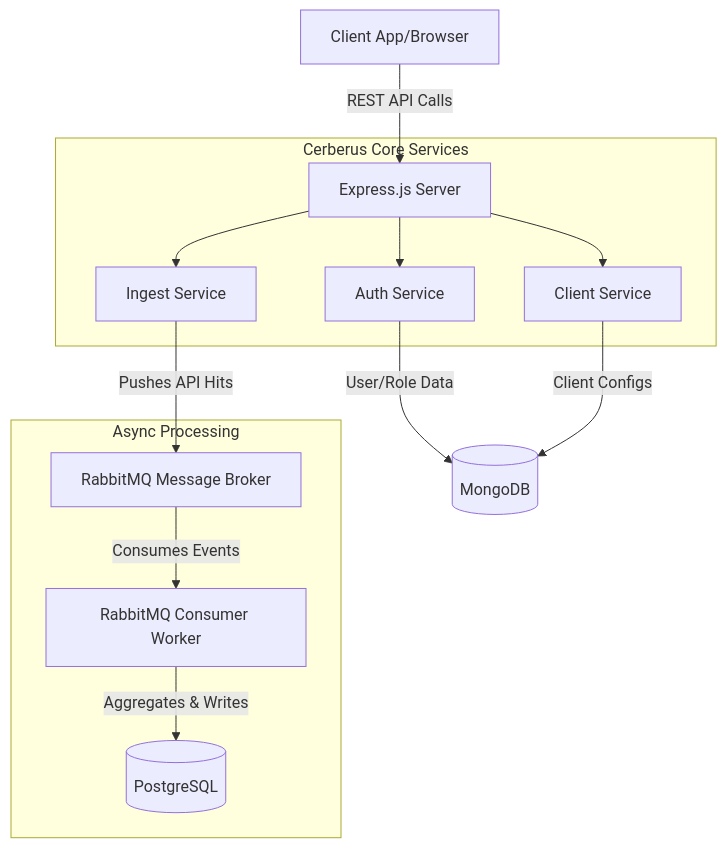
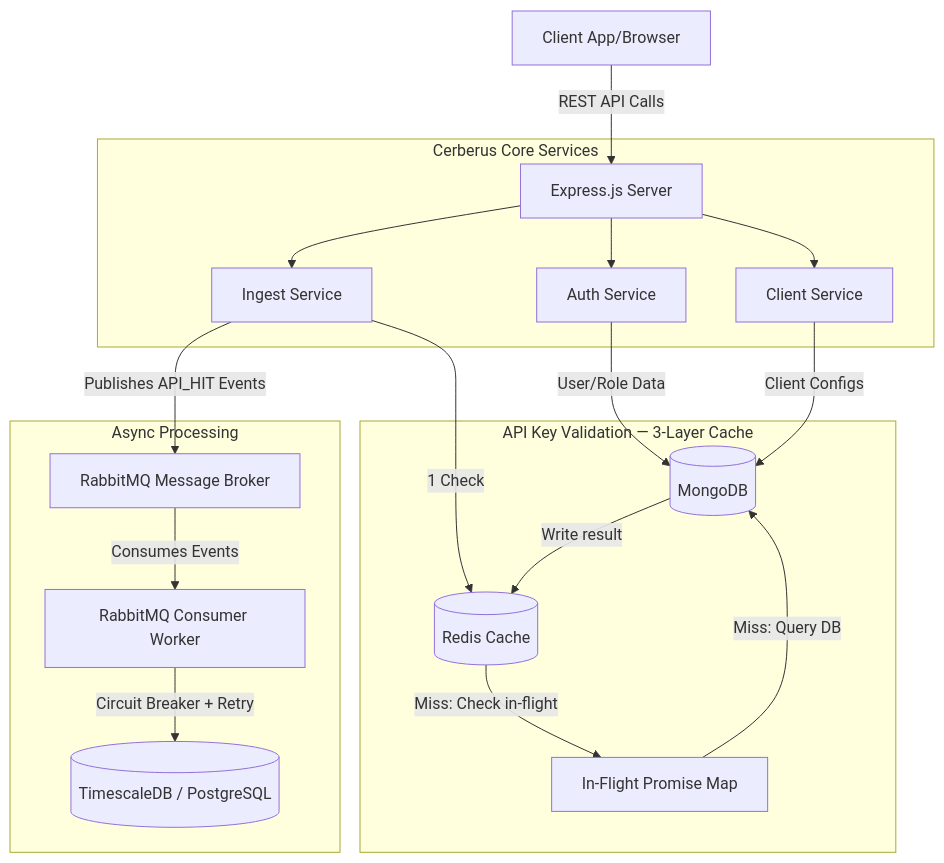
The first of 2 diagrams in README.md (devansh-12/Cerberus-API-Monitoring-System), drawn with Mermaid before and after one commit. The commit also changed other lines of this file and 21 other files, not shown here.

Commit message:
timescale pg extension + caching (CA) w Redis+ added Token Bucket algo

````diff
--- a/README.md
+++ b/README.md
@@ -11,20 +11,27 @@
 ```mermaid
 graph TD
     Client[Client App/Browser] -->|REST API Calls| API[Express.js Server]
     
-    subgraph Cerberus Core Services
+    subgraph "Cerberus Core Services"
         API --> Auth[Auth Service]
         API --> ClientSvc[Client Service]
         API --> Ingest[Ingest Service]
     end
-    
-    Auth -->|User/Role Data| MongoDB[(MongoDB)]
+
+    subgraph "API Key Validation — 3-Layer Cache"
+        Ingest -->|1 Check| Redis[(Redis Cache)]
+        Redis -->|Miss: Check in-flight| StampedeMap[In-Flight Promise Map]
+        StampedeMap -->|Miss: Query DB| MongoDB[(MongoDB)]
+        MongoDB -->|Write result| Redis
+    end
+
+    Auth -->|User/Role Data| MongoDB
     ClientSvc -->|Client Configs| MongoDB
     
-    Ingest -->|Pushes API Hits| RMQ[RabbitMQ Message Broker]
+    Ingest -->|Publishes API_HIT Events| RMQ[RabbitMQ Message Broker]
     
-    subgraph Async Processing
+    subgraph "Async Processing"
         RMQ -->|Consumes Events| Worker[RabbitMQ Consumer Worker]
-        Worker -->|Aggregates & Writes| Postgres[(PostgreSQL)]
+        Worker -->|Circuit Breaker + Retry| Postgres[(TimescaleDB / PostgreSQL)]
     end
 ```
````
